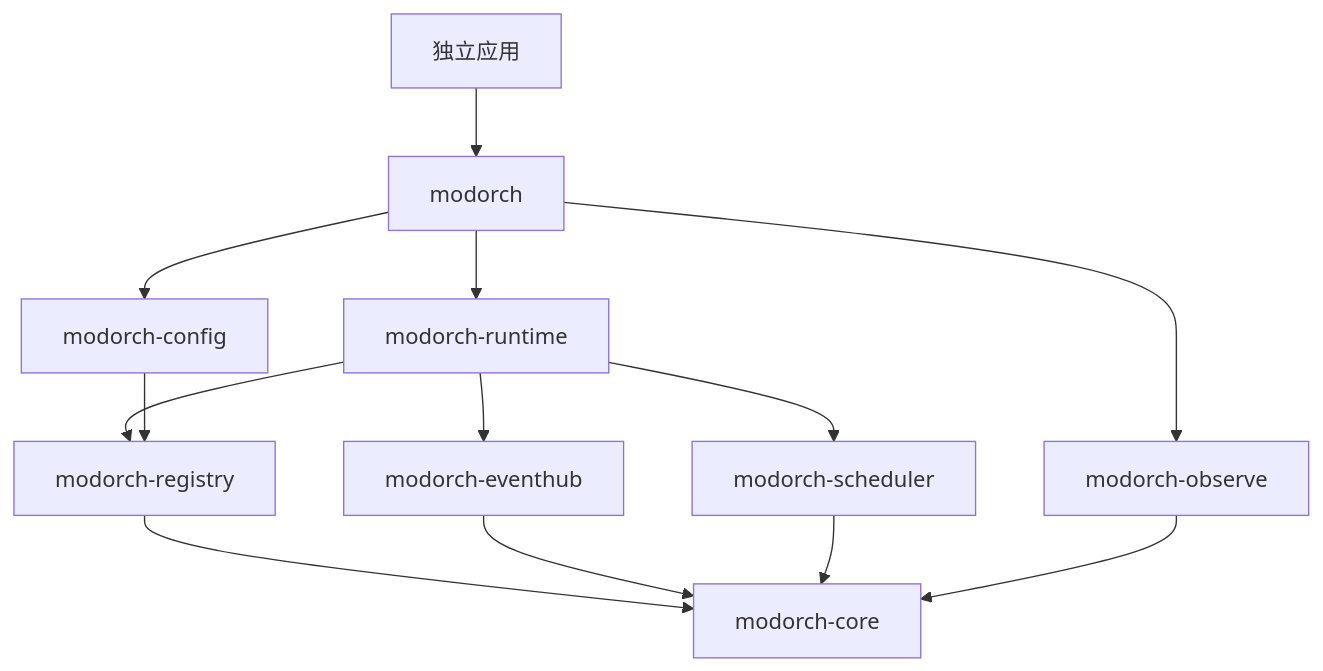
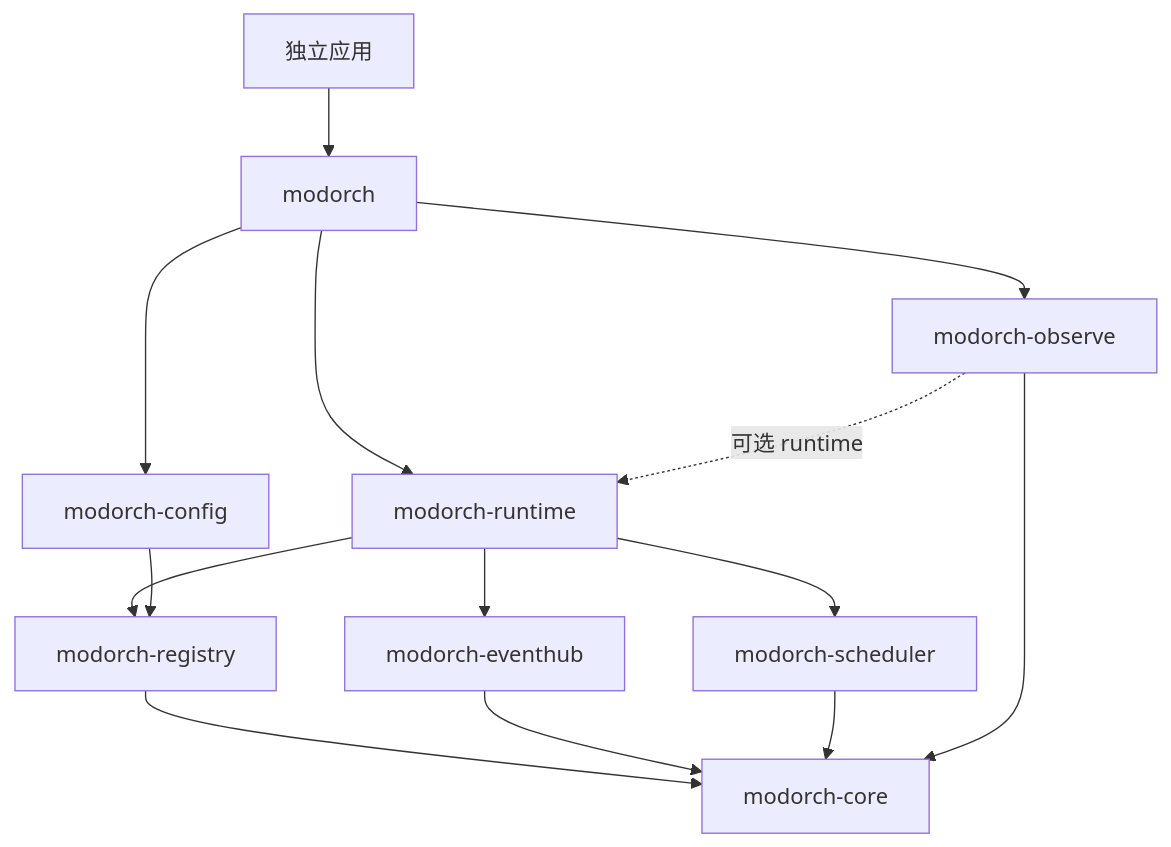
Before and after one commit to muidea/modorch-rs: the diagram in docs/architecture.md, drawn with Mermaid. The commit also changed 489 other files, not shown here.

````diff
--- a/docs/architecture.md
+++ b/docs/architecture.md
@@ -5,15 +5,16 @@
 ```mermaid
 graph TD
     app[独立应用] --> facade[modorch]
     facade --> runtime[modorch-runtime]
     facade --> config[modorch-config]
     facade --> observe[modorch-observe]
     runtime --> registry[modorch-registry]
     runtime --> hub[modorch-eventhub]
     runtime --> scheduler[modorch-scheduler]
     registry --> core[modorch-core]
     hub --> core
     scheduler --> core
     config --> registry
+    observe -. 可选 runtime .-> runtime
     observe --> core
 ```
````
